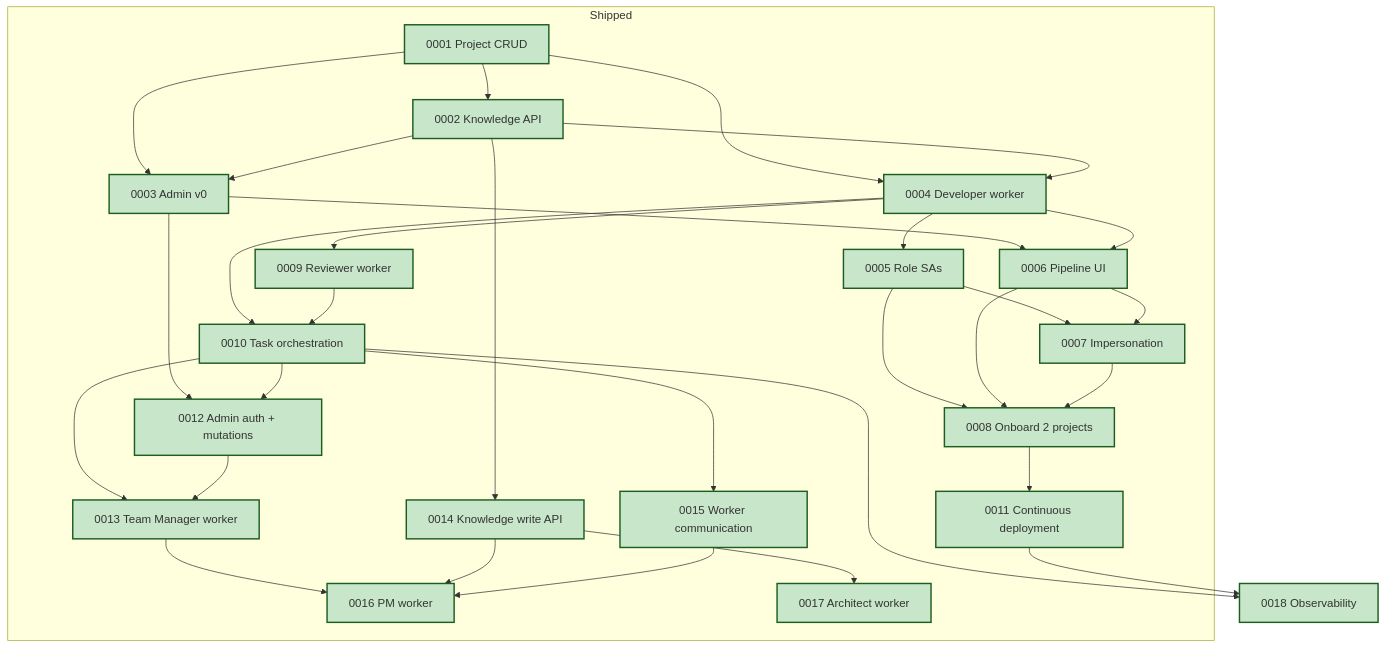
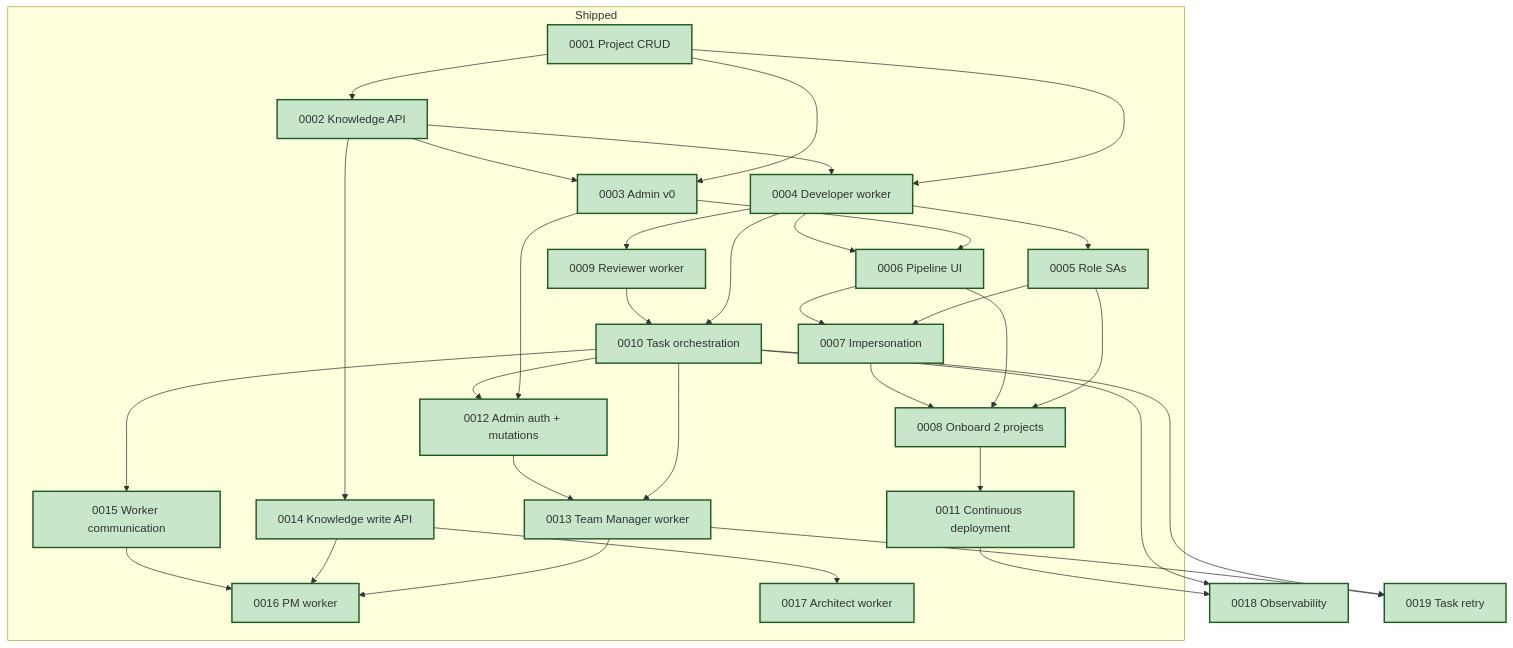
One commit to coder-devx/coder-system changed the diagram in system/product-specs/ROADMAP.md. Above: the diagram before and after it, drawn with Mermaid. The commit also changed other lines of this file and 2 other files, not shown here.

First line of the commit message:
feat: ship spec 0019 — task retry endpoint (19/19, 125/125 ACs)

````diff
--- a/system/product-specs/ROADMAP.md
+++ b/system/product-specs/ROADMAP.md
@@ -310,67 +327,70 @@
 ```mermaid
 flowchart TB
   subgraph shipped [Shipped]
     s1["0001 Project CRUD"]
     s2["0002 Knowledge API"]
     s3["0003 Admin v0"]
     s4["0004 Developer worker"]
     s5["0005 Role SAs"]
     s6["0006 Pipeline UI"]
     s7["0007 Impersonation"]
     s8["0008 Onboard 2 projects"]
     s9["0009 Reviewer worker"]
     s10["0010 Task orchestration"]
     s11["0011 Continuous deployment"]
     s12["0012 Admin auth + mutations"]
     s13["0013 Team Manager worker"]
     s14["0014 Knowledge write API"]
     s15["0015 Worker communication"]
     s16["0016 PM worker"]
     s17["0017 Architect worker"]
   end
 
     s18["0018 Observability"]
+    s19["0019 Task retry"]
 
   %% Shipped internal deps
   s1 --> s2
   s1 --> s3
   s1 --> s4
   s2 --> s3
   s2 --> s4
   s3 --> s6
   s4 --> s5
   s4 --> s6
   s5 --> s7
   s6 --> s7
   s5 --> s8
   s6 --> s8
   s7 --> s8
 
   %% Now deps
   s4 --> s9
   s4 --> s10
   s9 --> s10
   s8 --> s11
   s3 --> s12
   s10 --> s12
 
   %% Next deps
   s10 --> s13
   s12 --> s13
   s2 --> s14
   s10 --> s15
 
   %% Later deps
   s13 --> s16
   s14 --> s16
   s15 --> s16
   s14 --> s17
   s10 --> s18
   s11 --> s18
+  s10 --> s19
+  s13 --> s19
 
   classDef shipped fill:#c8e6c9,stroke:#1b5e20,stroke-width:2px
   classDef next fill:#bbdefb,stroke:#1565c0,stroke-width:2px
   classDef later fill:#e1bee7,stroke:#6a1b9a,stroke-width:2px
 
-  class s1,s2,s3,s4,s5,s6,s7,s8,s9,s10,s11,s12,s13,s14,s15,s16,s17,s18 shipped
+  class s1,s2,s3,s4,s5,s6,s7,s8,s9,s10,s11,s12,s13,s14,s15,s16,s17,s18,s19 shipped
 ```
````
